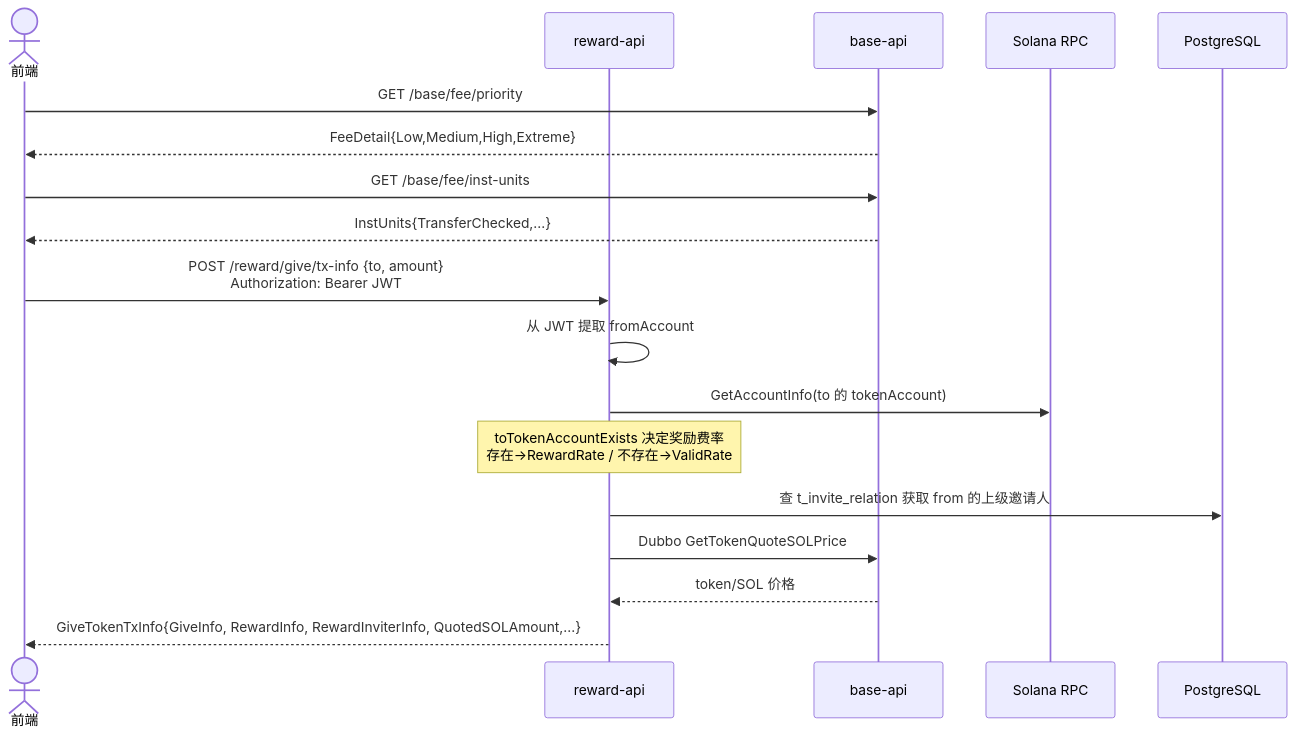
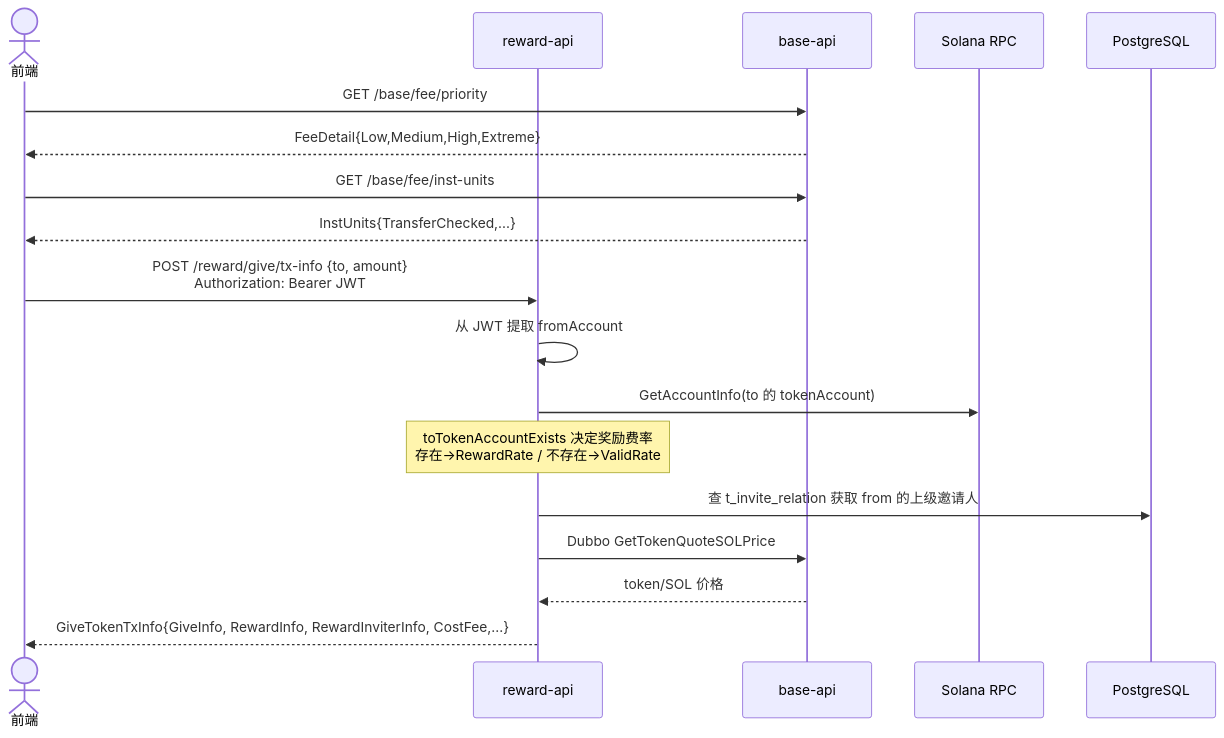
Before and after one commit to BillInUK/oshit-go: the first of 7 diagrams in docs/v1/reward_give_token.md, drawn with Mermaid. The commit also changed other lines of this file and 8 other files, not shown here.

Commit message:
feat: return reward cost fee in tx info

````diff
--- a/docs/v1/reward_give_token.md
+++ b/docs/v1/reward_give_token.md
@@ -90,22 +91,22 @@
 ```mermaid
 sequenceDiagram
     actor FE as 前端
     participant R as reward-api
     participant B as base-api
     participant SOL as Solana RPC
     participant DB as PostgreSQL
 
     FE->>B: GET /base/fee/priority
     B-->>FE: FeeDetail{Low,Medium,High,Extreme}
     FE->>B: GET /base/fee/inst-units
     B-->>FE: InstUnits{TransferChecked,...}
 
     FE->>R: POST /reward/give/tx-info {to, amount}<br/>Authorization: Bearer JWT
     R->>R: 从 JWT 提取 fromAccount
     R->>SOL: GetAccountInfo(to 的 tokenAccount)
     Note over R: toTokenAccountExists 决定奖励费率<br/>存在→RewardRate / 不存在→ValidRate
     R->>DB: 查 t_invite_relation 获取 from 的上级邀请人
     R->>B: Dubbo GetTokenQuoteSOLPrice
     B-->>R: token/SOL 价格
-    R-->>FE: GiveTokenTxInfo{GiveInfo, RewardInfo, RewardInviterInfo, QuotedSOLAmount,...}
+    R-->>FE: GiveTokenTxInfo{GiveInfo, RewardInfo, RewardInviterInfo, CostFee,...}
 ```
````
